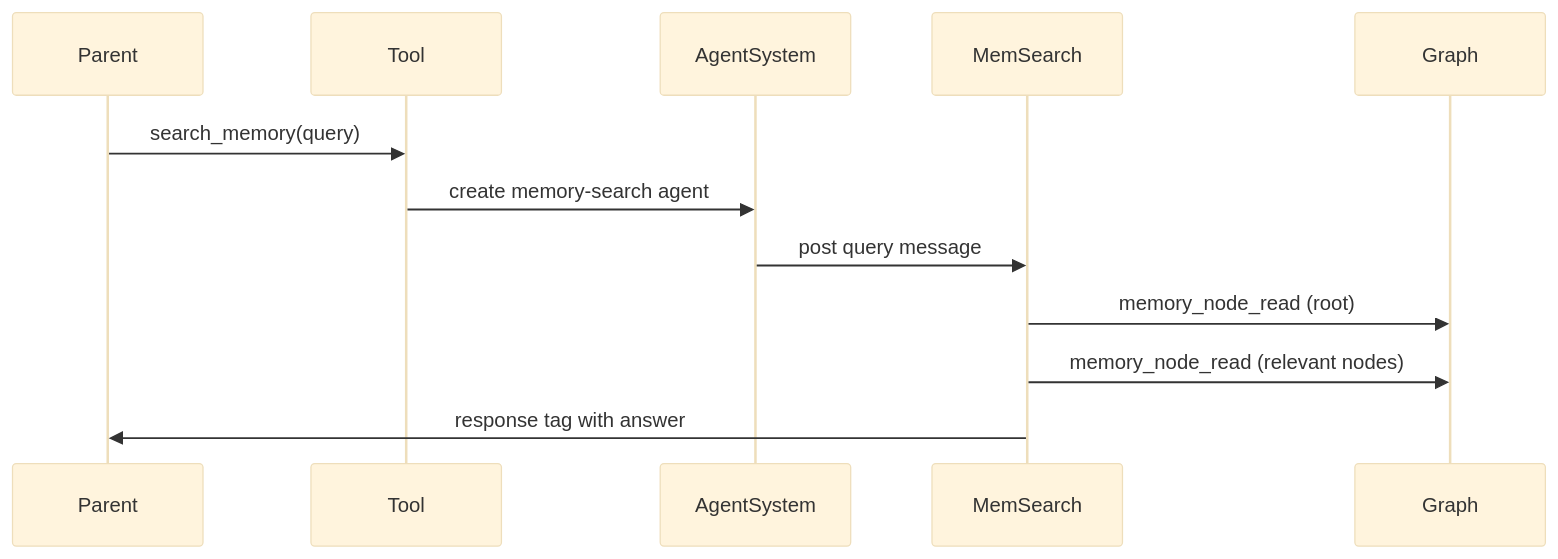
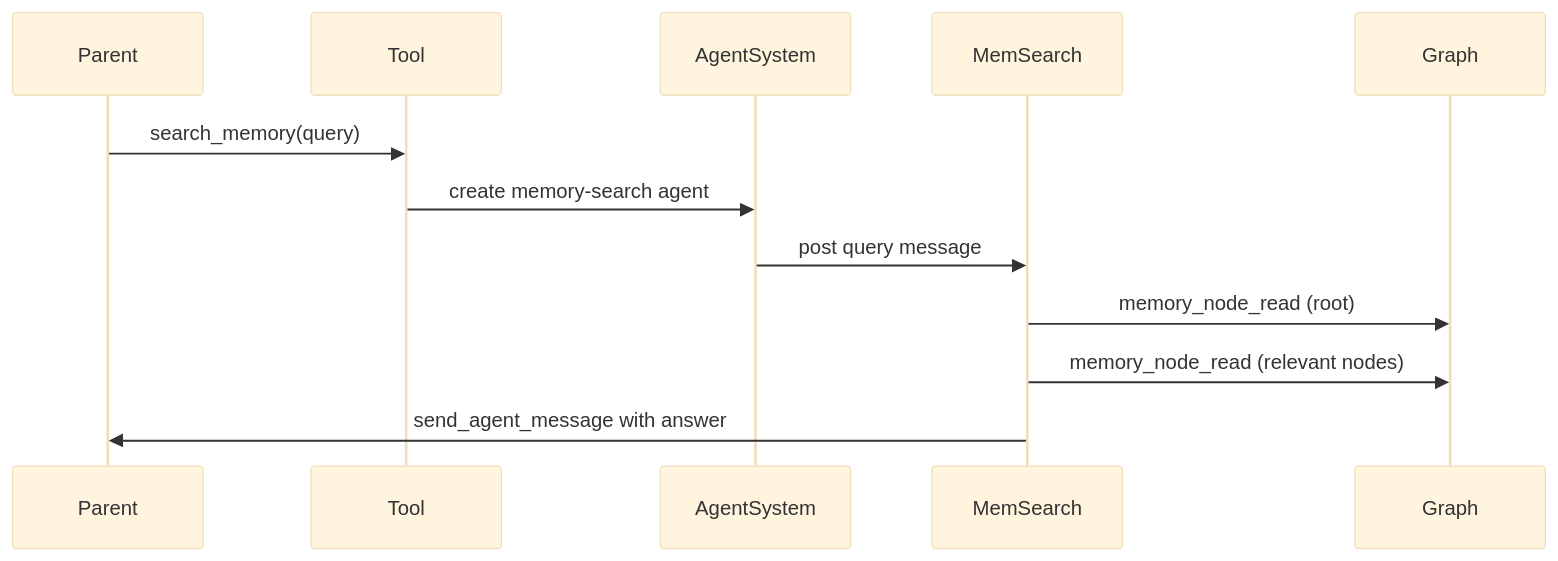
One commit to ex3ndr/daycare changed the fourth of 9 diagrams in doc/internals/agent-types.md. Above: the diagram before and after it, drawn with Mermaid (base theme). The commit also changed other lines of this file and 9 other files, not shown here.

First line of the commit message:
refactor(runtime): replace response tag with send_agent_message tracking

````diff
--- a/doc/internals/agent-types.md
+++ b/doc/internals/agent-types.md
@@ -87,14 +87,14 @@
 ```mermaid
 sequenceDiagram
   participant Parent
   participant Tool
   participant AgentSystem
   participant MemSearch
   participant Graph
   Parent->>Tool: search_memory(query)
   Tool->>AgentSystem: create memory-search agent
   AgentSystem->>MemSearch: post query message
   MemSearch->>Graph: memory_node_read (root)
   MemSearch->>Graph: memory_node_read (relevant nodes)
-  MemSearch->>Parent: response tag with answer
+  MemSearch->>Parent: send_agent_message with answer
 ```
````
